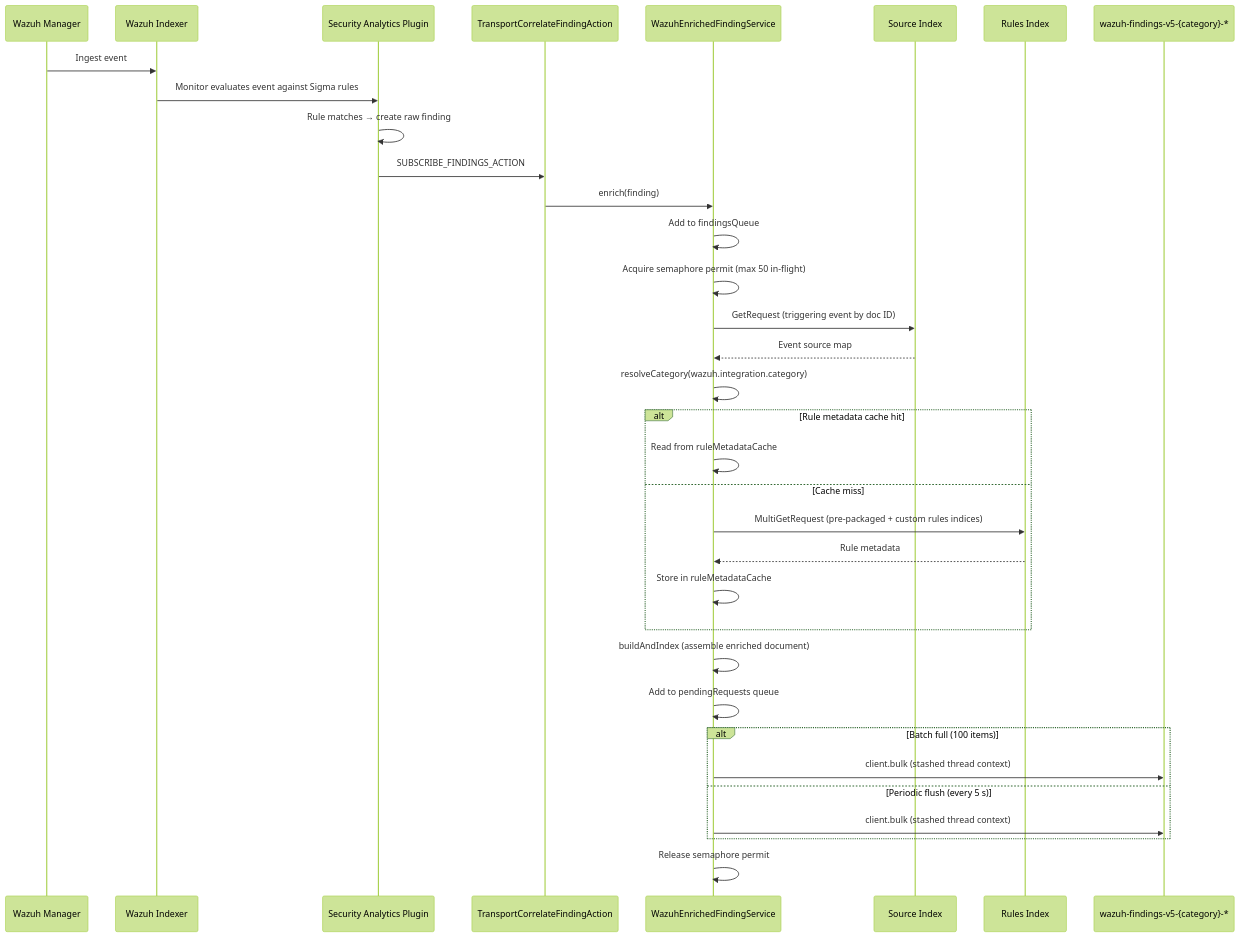
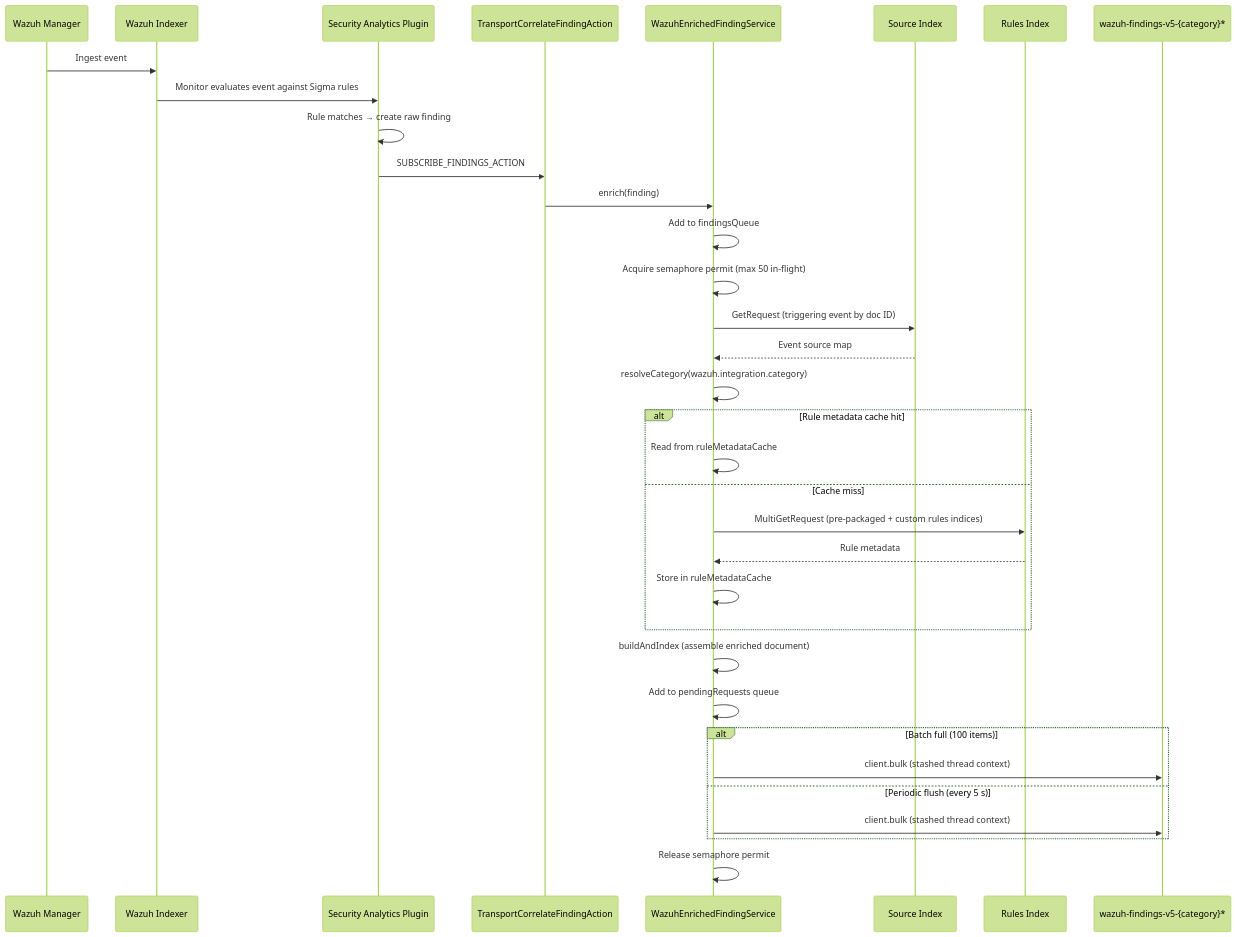
One commit to wazuh/wazuh-indexer-plugins changed the diagram in docs/ref/modules/security-analytics/architecture.md. Above: the diagram before and after it, drawn with Mermaid (forest theme). The commit also changed other lines of this file and 1 other file, not shown here.

````diff
--- a/docs/ref/modules/security-analytics/architecture.md
+++ b/docs/ref/modules/security-analytics/architecture.md
@@ -9,37 +9,37 @@
 ```mermaid
 sequenceDiagram
     participant A as Wazuh Manager
     participant I as Wazuh Indexer
     participant SAP as Security Analytics Plugin
     participant TC as TransportCorrelateFindingAction
     participant WS as WazuhEnrichedFindingService
     participant SI as Source Index
     participant RI as Rules Index
-    participant WF as wazuh-findings-v5-{category}-*
+    participant WF as wazuh-findings-v5-{category}*
 
     A->>I: Ingest event
     I->>SAP: Monitor evaluates event against Sigma rules
     SAP->>SAP: Rule matches → create raw finding
     SAP->>TC: SUBSCRIBE_FINDINGS_ACTION
     TC->>WS: enrich(finding)
     WS->>WS: Add to findingsQueue
     WS->>WS: Acquire semaphore permit (max 50 in-flight)
     WS->>SI: GetRequest (triggering event by doc ID)
     SI-->>WS: Event source map
     WS->>WS: resolveCategory(wazuh.integration.category)
     alt Rule metadata cache hit
         WS->>WS: Read from ruleMetadataCache
     else Cache miss
         WS->>RI: MultiGetRequest (pre-packaged + custom rules indices)
         RI-->>WS: Rule metadata
         WS->>WS: Store in ruleMetadataCache
     end
     WS->>WS: buildAndIndex (assemble enriched document)
     WS->>WS: Add to pendingRequests queue
     alt Batch full (100 items)
         WS->>WF: client.bulk (stashed thread context)
     else Periodic flush (every 5 s)
         WS->>WF: client.bulk (stashed thread context)
     end
     WS->>WS: Release semaphore permit
 ```
````
